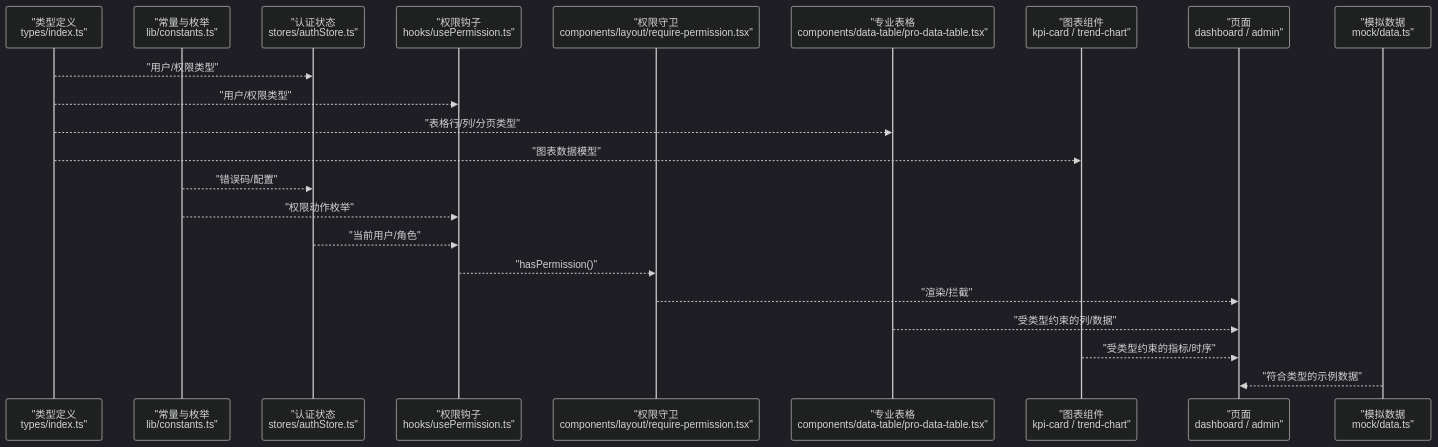
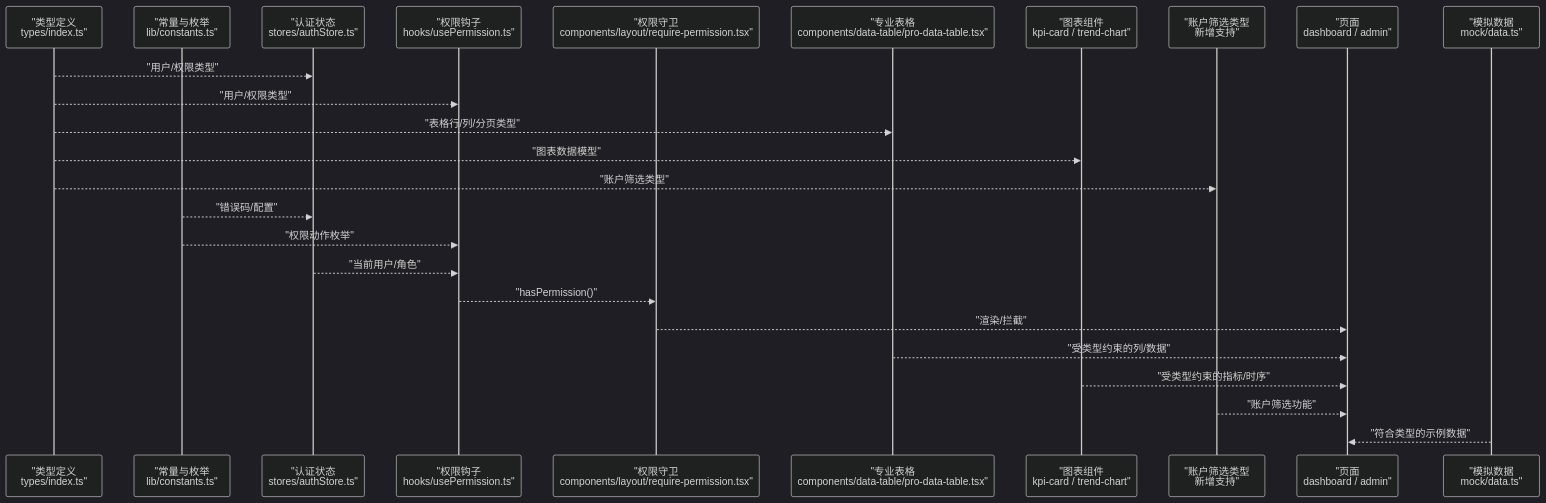
The second of 8 diagrams in .qoder/repowiki/zh/content/核心模块/类型定义系统.md (Damao997/newproject), drawn with Mermaid (dark theme) before and after one commit. The commit also changed other lines of this file and 7 other files, not shown here.

````diff
--- a/.qoder/repowiki/zh/content/核心模块/类型定义系统.md
+++ b/.qoder/repowiki/zh/content/核心模块/类型定义系统.md
@@ -145,24 +158,27 @@
 ```mermaid
 sequenceDiagram
 participant Types as "类型定义<br/>types/index.ts"
 participant Consts as "常量与枚举<br/>lib/constants.ts"
 participant Store as "认证状态<br/>stores/authStore.ts"
 participant Hook as "权限钩子<br/>hooks/usePermission.ts"
 participant Guard as "权限守卫<br/>components/layout/require-permission.tsx"
 participant Table as "专业表格<br/>components/data-table/pro-data-table.tsx"
 participant Chart as "图表组件<br/>kpi-card / trend-chart"
+participant AccountFilter as "账户筛选类型<br/>新增支持"
 participant Page as "页面<br/>dashboard / admin"
 participant Mock as "模拟数据<br/>mock/data.ts"
 Types-->>Store : "用户/权限类型"
 Types-->>Hook : "用户/权限类型"
 Types-->>Table : "表格行/列/分页类型"
 Types-->>Chart : "图表数据模型"
+Types-->>AccountFilter : "账户筛选类型"
 Consts-->>Store : "错误码/配置"
 Consts-->>Hook : "权限动作枚举"
 Store-->>Hook : "当前用户/角色"
 Hook-->>Guard : "hasPermission()"
 Guard-->>Page : "渲染/拦截"
 Table-->>Page : "受类型约束的列/数据"
 Chart-->>Page : "受类型约束的指标/时序"
+AccountFilter-->>Page : "账户筛选功能"
 Mock-->>Page : "符合类型的示例数据"
 ```
````
